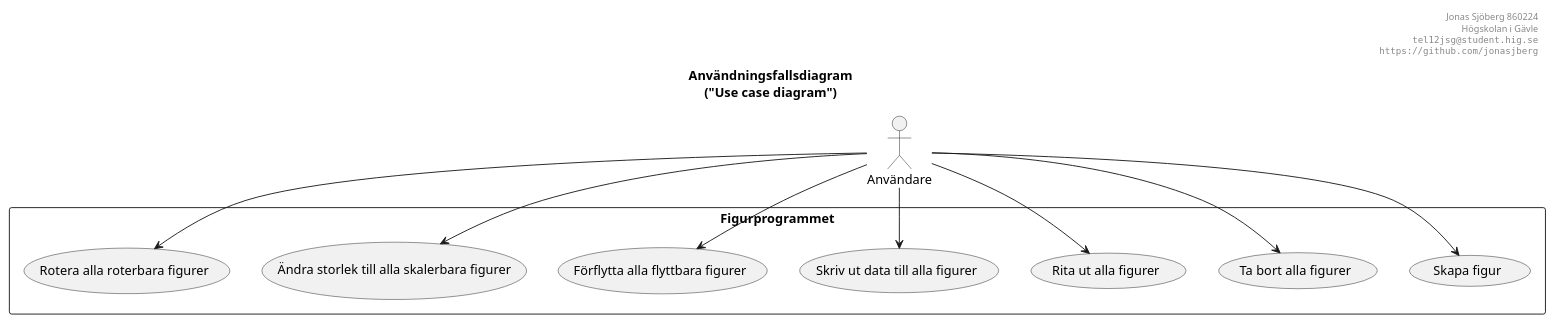
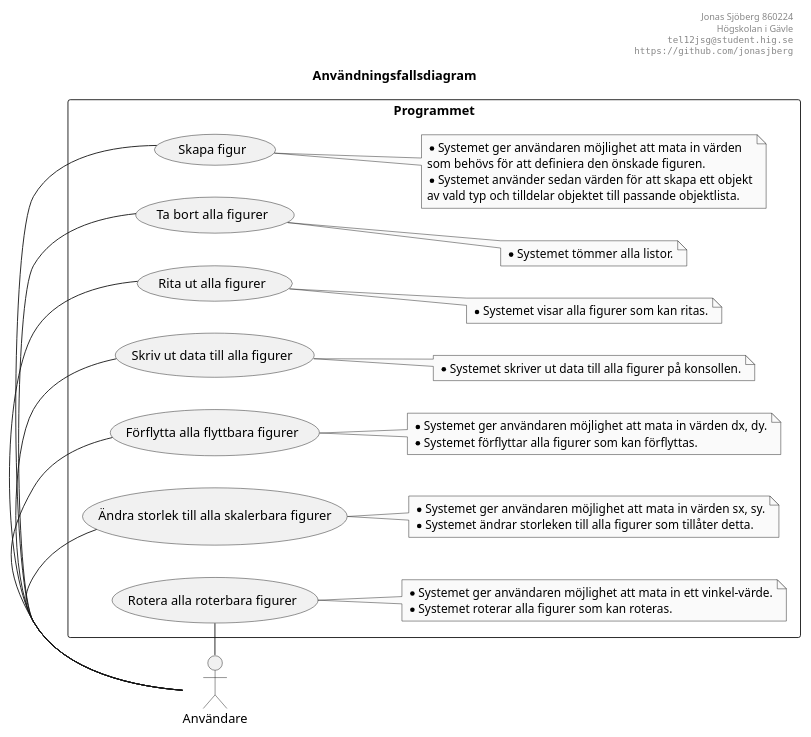
Before and after one commit to jonasjberg/DVG303_lab1: the diagram in diagram/usecase.puml, drawn with PlantUML. The commit also changed 4 other files, not shown here.

```diff
--- a/diagram/usecase.puml
+++ b/diagram/usecase.puml
@@ -9,82 +9,112 @@
 @startuml
 ' ______________________________________________________________________________
 ' ____ CONFIGURATION OPTIONS ___________________________________________________
 ' debug flag creates a 'svek.dot' and 'svek.svg' file in ~/
 !pragma svek_trace on
 
-' package graphical style
-skinparam packageStyle folder
-
-' don't use symbols to indicate visibility
-' skinparam classAttributeIconsize 0
-
 ' appearance
 skinparam monochrome true
-'skinparam backgroundColor transparent
+skinparam backgroundColor transparent
 skinparam classBackgroundColor transparent
 'skinparam style strictuml
+
 
 header
 Jonas Sjöberg 860224
 Högskolan i Gävle
 ""tel12jsg@student.hig.se""
 ""https://github.com/jonasjberg""
 end header
 
-title Användningsfallsdiagram\n("Use case diagram")
+title Användningsfallsdiagram
 
 ' ______________________________________________________________________________
 ' ____ USECASE DIAGRAM _________________________________________________________
 '
 ' * AF 1: Skapa figur.
 '         Användaren väljer ’skapa figur’ och sedan vilken typ figuren ska ha.
 '         Möjliga värden är: Punkt, linje, triangel, rektangel, cirkel och
 '         kanske ellips och kvadrat.  Systemet ger användaren möjlighet att
 '         mata in värden som behövs för att definiera den önskade figuren.
 '         Systemet använder sedan värden för att skapa ett objekt av vald typ
 '         och tilldelar objektet till passande objektlista (t.ex. figur-lista,
 '         lista med flyttbara figurer, lista med roterbara figurer mm. - se
 '         nedan).
 ' * AF 2: Ta bort alla figurer.
 '         Användaren väljer ’Ta bort allt’. 
 '         Systemet tömmer alla listor.
 ' * AF 3: Rita ut alla figurer.
 '         Användaren väljer ’Rita ut allt’. 
 '         Systemet visar alla figurer som kan ritas.  
 '         Obs: Detta användningsfall kommer att behandlas först i laboration 3.
 ' * AF 4: Skriv ut data till alla figurer.
 '         Användaren väljer ’Skriv ut allt’. 
 '         Systemet skriver ut data till alla figurer på konsollen.
 ' * AF 5: Förflytta alla flyttbara figurer.
 '         Användaren väljer ’Förflytta allt’. 
 '         Systemet ger användaren möjlighet att mata in värden dx, dy. 
 '         Systemet förflyttar alla figurer som kan förflyttas.
 ' * AF 6: Ändra storlek till alla skalerbara figurer.
 '         Användaren väljer ’Ändra storlek till alla’. 
 '         Systemet ger användaren möjlighet att mata in värden sx, sy. 
 '         Systemet ändrar storleken till alla figurer som tillåter detta.
 ' * AF 7: Rotera alla roterbara figurer.
 '         Användaren väljer ’Rotera alla’. 
 '         Systemet ger användaren möjlighet att mata in ett vinkel-värde. 
 '         Systemet roterar alla figurer som kan roteras.
 
 :Användare: as User
 
-rectangle "Figurprogrammet" {
+rectangle "Programmet" {
 (Skapa figur) as (CreateFigure)
 (Ta bort alla figurer) as (RemoveAllFigures)
 (Rita ut alla figurer) as (DrawAllFigures)
 (Skriv ut data till alla figurer) as (PrintDataAllFigures)
 (Förflytta alla flyttbara figurer) as (MoveAllMovable)
 (Ändra storlek till alla skalerbara figurer) as (ScaleAllScalable)
 (Rotera alla roterbara figurer) as (RotateAllRotatable)
 
-User --> CreateFigure
-User --> RemoveAllFigures
-User --> DrawAllFigures
-User --> PrintDataAllFigures
-User --> MoveAllMovable
-User --> ScaleAllScalable
-User --> RotateAllRotatable
+left to right direction
+User - CreateFigure
+User - RemoveAllFigures
+User - DrawAllFigures
+User - PrintDataAllFigures
+User - MoveAllMovable
+User - ScaleAllScalable
+User - RotateAllRotatable
+
+note right of CreateFigure
+* Systemet ger användaren möjlighet att mata in värden
+som behövs för att definiera den önskade figuren.
+* Systemet använder sedan värden för att skapa ett objekt
+av vald typ och tilldelar objektet till passande objektlista.
+end note
+
+note right of RemoveAllFigures
+* Systemet tömmer alla listor.
+end note
+
+note right of DrawAllFigures
+* Systemet visar alla figurer som kan ritas.
+end note
+
+note right of PrintDataAllFigures
+* Systemet skriver ut data till alla figurer på konsollen.
+end note
+
+note right of MoveAllMovable
+* Systemet ger användaren möjlighet att mata in värden dx, dy.
+* Systemet förflyttar alla figurer som kan förflyttas.
+end note
+
+note right of ScaleAllScalable
+* Systemet ger användaren möjlighet att mata in värden sx, sy.
+* Systemet ändrar storleken till alla figurer som tillåter detta.
+end note
+
+note right of RotateAllRotatable
+* Systemet ger användaren möjlighet att mata in ett vinkel-värde.
+* Systemet roterar alla figurer som kan roteras.
+end note
 }
 @enduml
```
